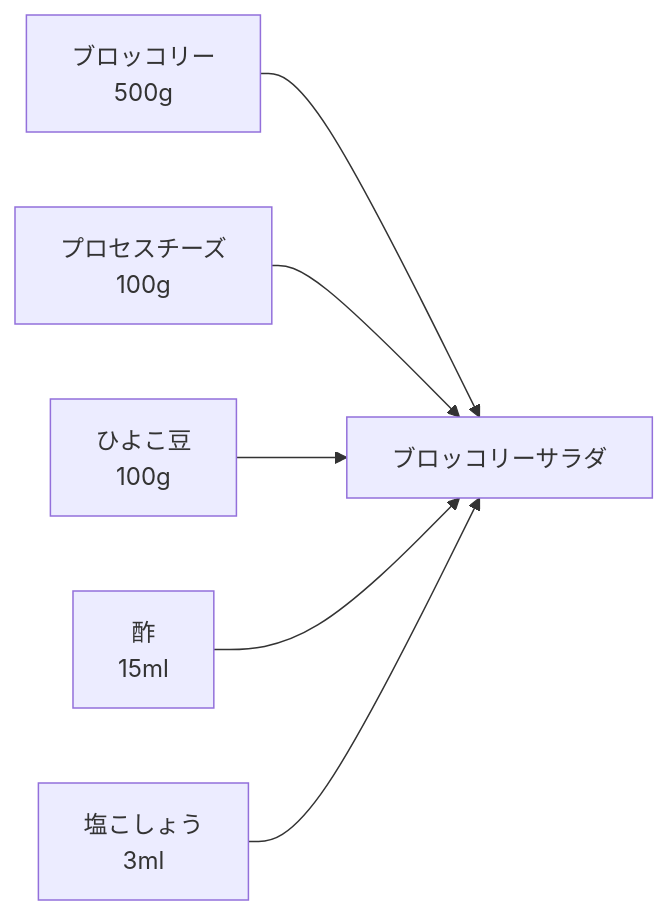
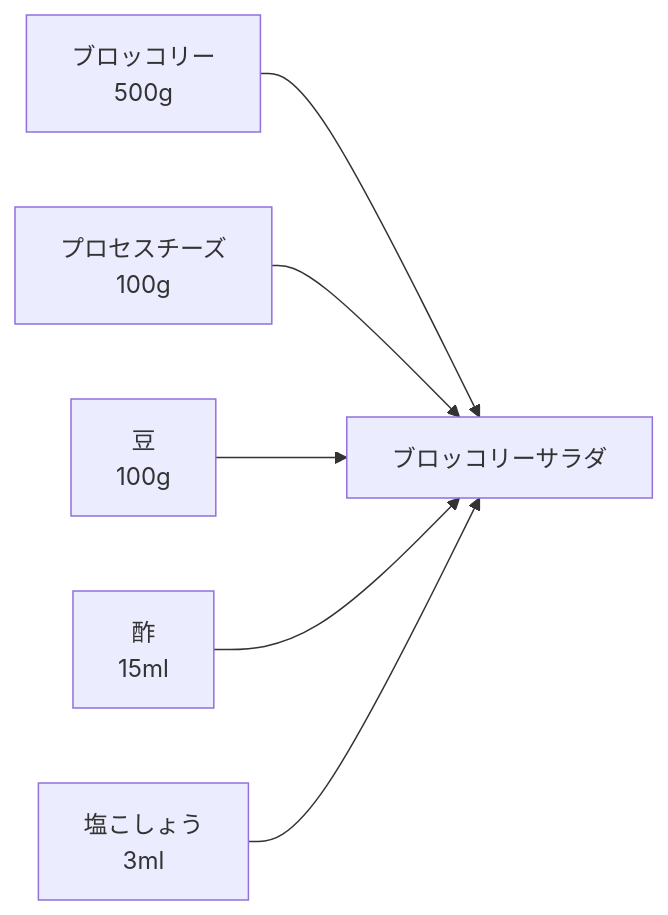
Before and after one commit to r7kamura/cooking: the diagram in broccoli-salad.md, drawn with Mermaid. The commit also changed other lines of this file, not shown here.

````diff
--- a/broccoli-salad.md
+++ b/broccoli-salad.md
@@ -5,10 +5,10 @@
 ```mermaid
 flowchart LR;
 
 ブロッコリー\n500g --> ブロッコリーサラダ
 プロセスチーズ\n100g --> ブロッコリーサラダ
-ひよこ豆\n100g --> ブロッコリーサラダ
+豆\n100g --> ブロッコリーサラダ
 酢\n15ml --> ブロッコリーサラダ
 塩こしょうB[塩こしょう\n3ml]
 塩こしょうB --> ブロッコリーサラダ
 ```
````
